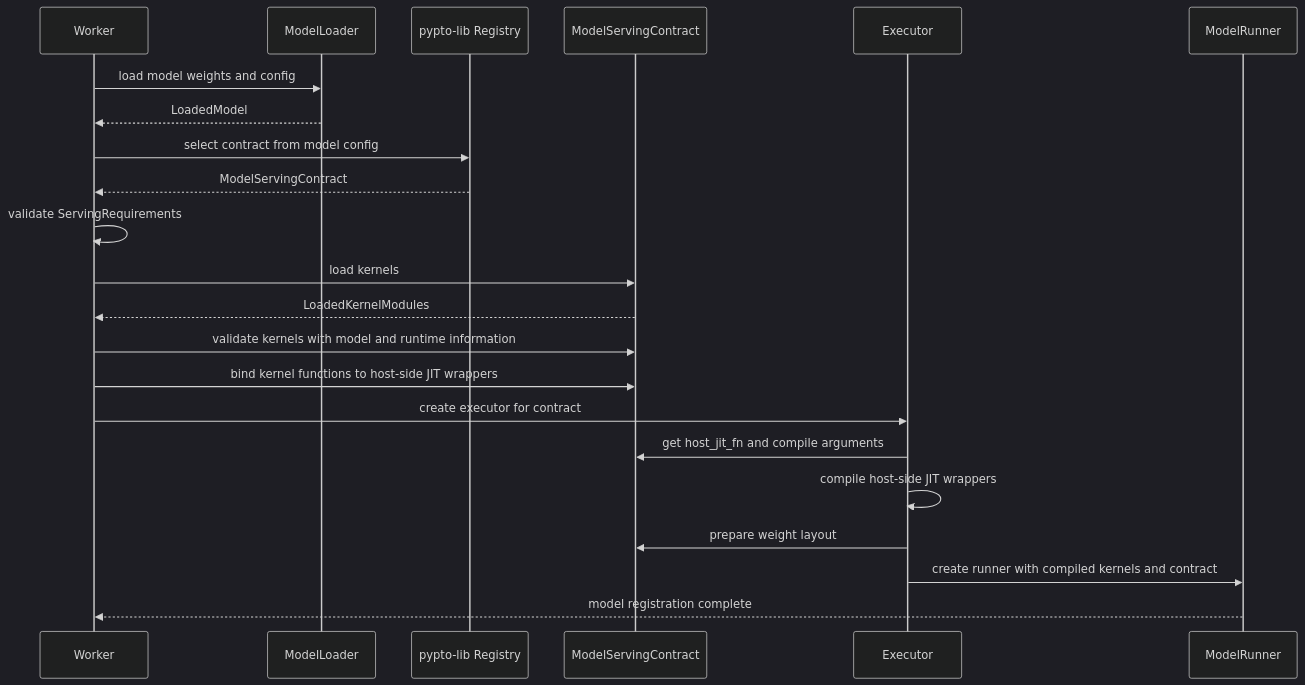
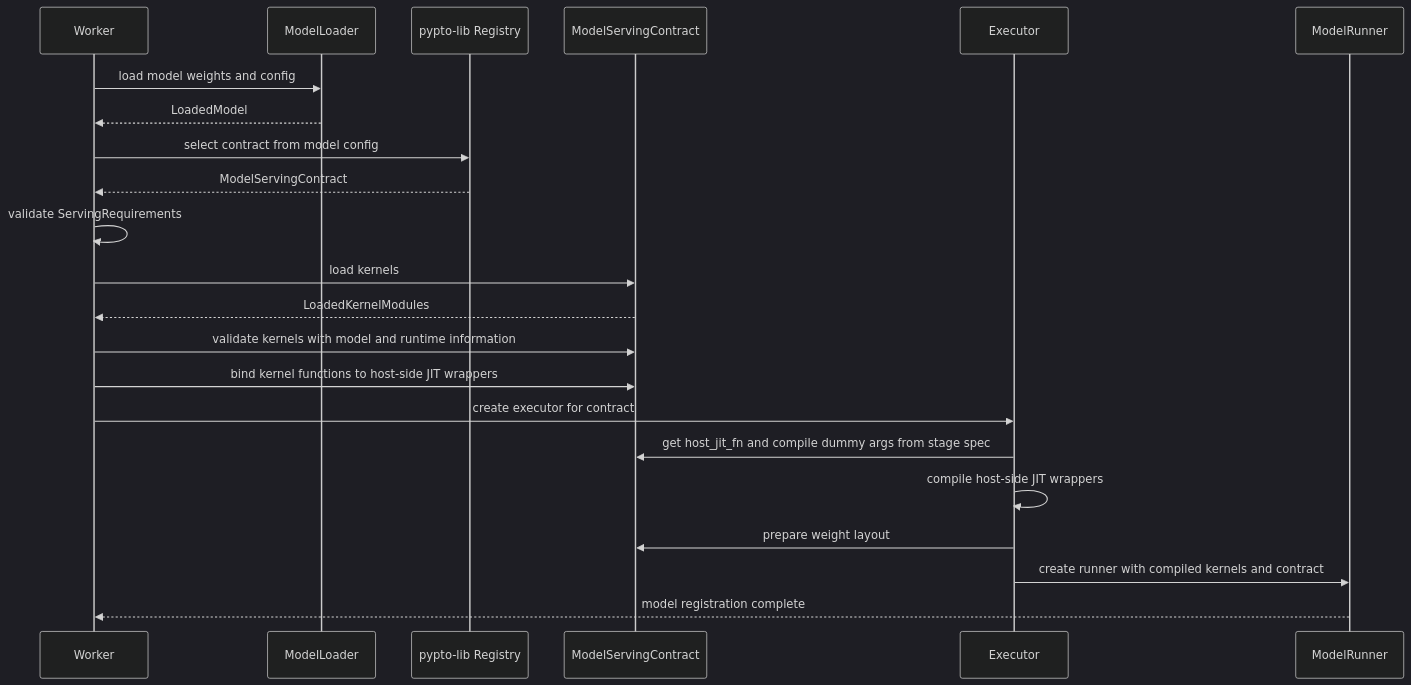
The fourth of 5 diagrams in docs/lib-serving-decoupling-architecture.md (hw-native-sys/pypto-serving), drawn with Mermaid (dark theme) before and after one commit. The commit also changed other lines of this file, not shown here.

````diff
--- a/docs/lib-serving-decoupling-architecture.md
+++ b/docs/lib-serving-decoupling-architecture.md
@@ -502,25 +676,25 @@
 ```mermaid
 sequenceDiagram
     participant W as Worker
     participant L as ModelLoader
     participant R as pypto-lib Registry
     participant C as ModelServingContract
     participant E as Executor
     participant Runner as ModelRunner
 
     W->>L: load model weights and config
     L-->>W: LoadedModel
     W->>R: select contract from model config
     R-->>W: ModelServingContract
     W->>W: validate ServingRequirements
     W->>C: load kernels
     C-->>W: LoadedKernelModules
     W->>C: validate kernels with model and runtime information
     W->>C: bind kernel functions to host-side JIT wrappers
     W->>E: create executor for contract
-    E->>C: get host_jit_fn and compile arguments
+    E->>C: get host_jit_fn and compile dummy args from stage spec
     E->>E: compile host-side JIT wrappers
     E->>C: prepare weight layout
     E->>Runner: create runner with compiled kernels and contract
     Runner-->>W: model registration complete
 ```
````
